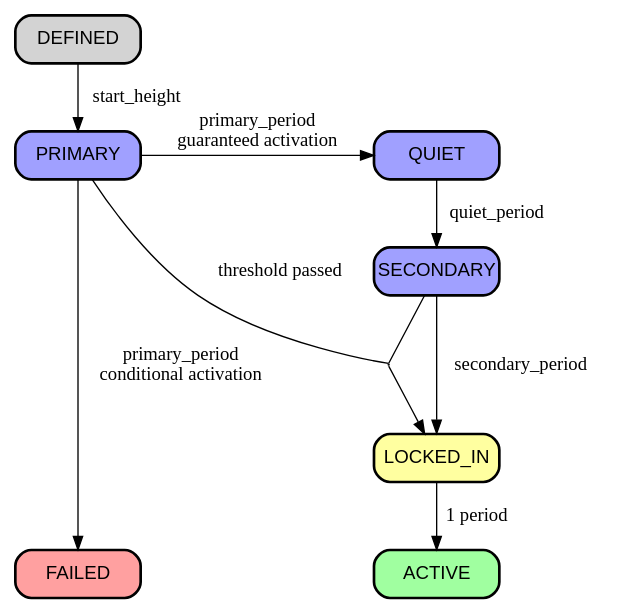
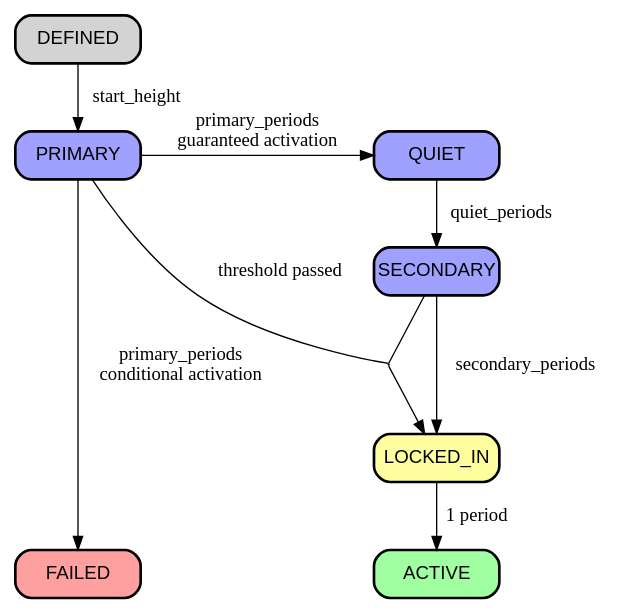
Before and after one commit to ajtowns/bips: the diagram in bip-sigsf/states.dot, drawn with Graphviz. The commit also changed 1 other file, not shown here.

```diff
--- a/bip-sigsf/states.dot
+++ b/bip-sigsf/states.dot
@@ -1,32 +1,32 @@
 digraph {
   rankdir=TD;
 
   node  [style="rounded,filled,bold", shape=box, fixedsize=true, width=1.3, fontname="Arial"];
 
   edge [weight = 100];
   "DEFINED" -> "PRIMARY" [label="start_height"];
-  "PRIMARY" -> "FAILED" [label="primary_period\nconditional activation"];
-  "QUIET" -> "SECONDARY" [label="quiet_period"];
-  "SECONDARY" -> "LOCKED_IN" [label="secondary_period"];
+  "PRIMARY" -> "FAILED" [label="primary_periods\nconditional activation"];
+  "QUIET" -> "SECONDARY" [label="quiet_periods"];
+  "SECONDARY" -> "LOCKED_IN" [label="secondary_periods"];
   "LOCKED_IN" -> "ACTIVE" [label="1 period"];
 
   edge [weight = 1];
-  "PRIMARY" -> "QUIET" [label="primary_period\nguaranteed activation"];
+  "PRIMARY" -> "QUIET" [label="primary_periods\nguaranteed activation"];
 
   thresh [shape=point,width=0.01,height=0.01];
   "PRIMARY" -> thresh [dir=none, label="threshold passed"];
   "SECONDARY" -> thresh [dir=none];
   "thresh" -> "LOCKED_IN";
 
   "PRIMARY" [fillcolor="#a0a0ff"];
   "QUIET" [fillcolor="#a0a0ff"];
   "SECONDARY" [fillcolor="#a0a0ff"];
 
   "LOCKED_IN" [fillcolor="#ffffa0"];
   "ACTIVE" [fillcolor="#a0ffa0", shape=box];
 
   "FAILED" [fillcolor="#ffa0a0", shape=box];
 
   { rank=same; "PRIMARY" "QUIET" }
   { rank=sink; "FAILED" "ACTIVE"; }
 }
```
